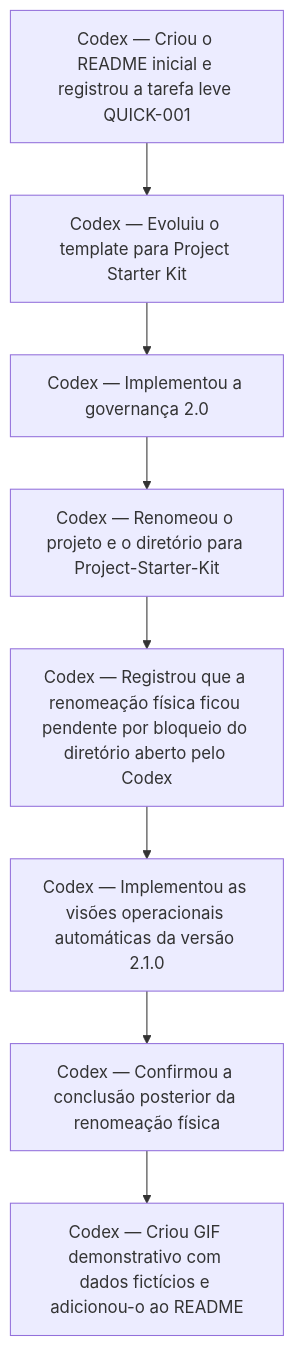
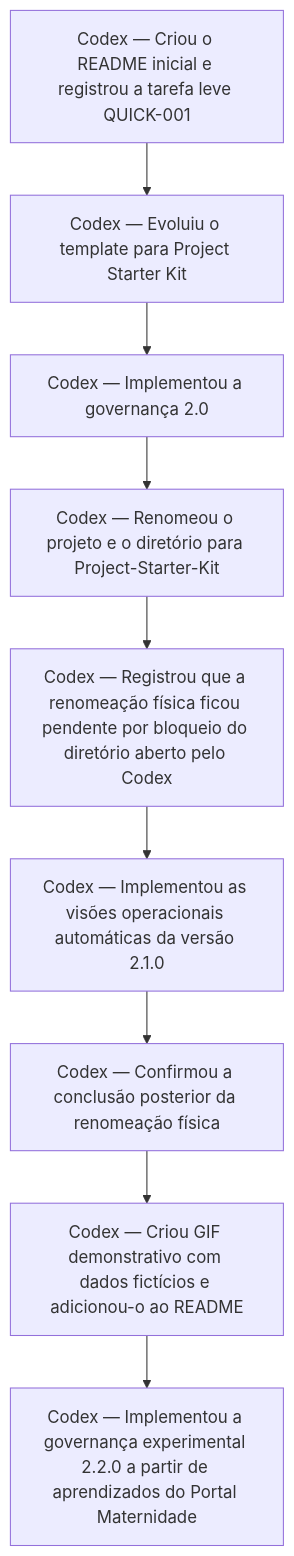
Before and after one commit to Rogeriocsantana/Project-Starter-Kit: the diagram in _project-kit/generated/CONTRIBUTION_HISTORY.md, drawn with Mermaid. The commit also changed other lines of this file and 30 other files, not shown here.

````diff
--- a/_project-kit/generated/CONTRIBUTION_HISTORY.md
+++ b/_project-kit/generated/CONTRIBUTION_HISTORY.md
@@ -5,18 +5,20 @@
 ```mermaid
 flowchart TD
     A0["Codex — Criou o README inicial e registrou a tarefa leve QUICK-001"]
     A1["Codex — Evoluiu o template para Project Starter Kit"]
     A2["Codex — Implementou a governança 2.0"]
     A3["Codex — Renomeou o projeto e o diretório para Project-Starter-Kit"]
     A4["Codex — Registrou que a renomeação física ficou pendente por bloqueio do diretório aberto pelo Codex"]
     A5["Codex — Implementou as visões operacionais automáticas da versão 2.1.0"]
     A6["Codex — Confirmou a conclusão posterior da renomeação física"]
     A7["Codex — Criou GIF demonstrativo com dados fictícios e adicionou-o ao README"]
+    A8["Codex — Implementou a governança experimental 2.2.0 a partir de aprendizados do Portal Maternidade"]
     A0 --> A1
     A1 --> A2
     A2 --> A3
     A3 --> A4
     A4 --> A5
     A5 --> A6
     A6 --> A7
+    A7 --> A8
 ```
````
